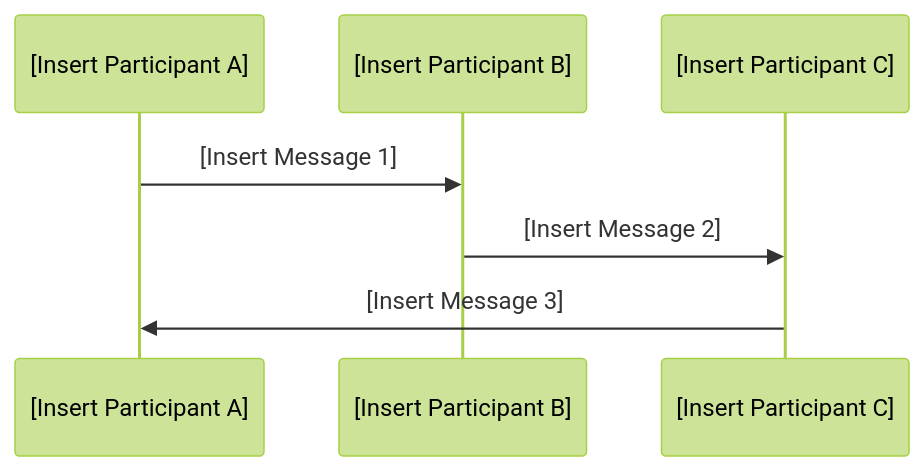
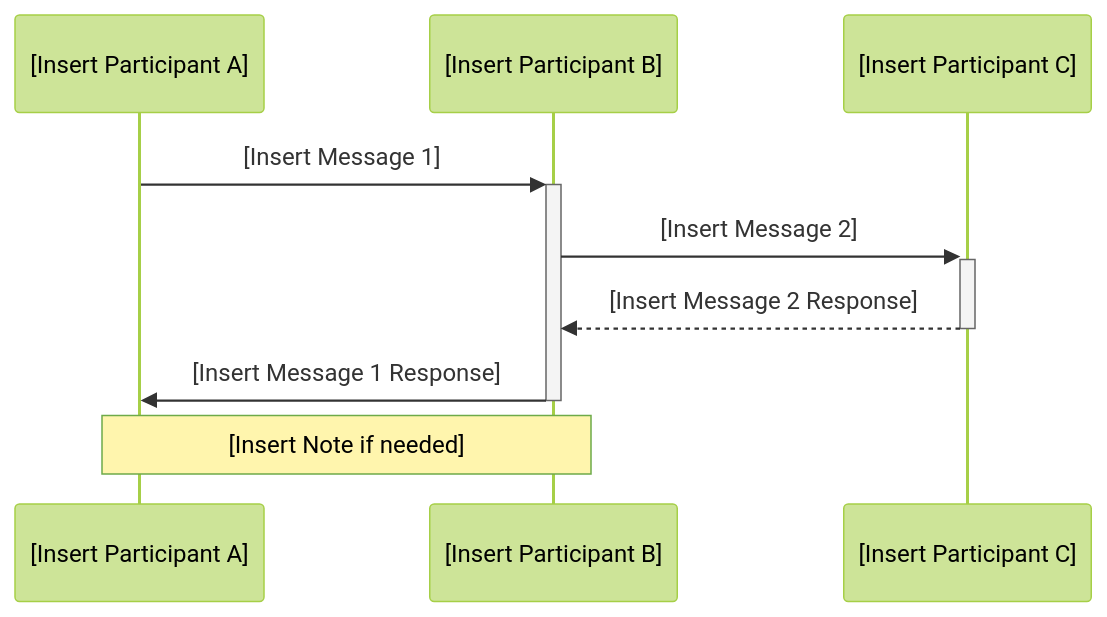
One commit to DMOoF25-Team6/Slottets-Drifttavlen changed the diagram in docs/quality-criteria/artifact/qc-sd.0001.md. Above: the diagram before and after it, drawn with Mermaid (forest theme). The commit also changed other lines of this file and 1 other file, not shown here.

Commit message:
Update mermaid instructions

````diff
--- a/docs/quality-criteria/artifact/qc-sd.0001.md
+++ b/docs/quality-criteria/artifact/qc-sd.0001.md
@@ -52,11 +55,13 @@
 ```mermaid
 sequenceDiagram
     participant A as [Insert Participant A]
     participant B as [Insert Participant B]
     participant C as [Insert Participant C]
 
-    A->>B: [Insert Message 1]
-    B->>C: [Insert Message 2]
-    C->>A: [Insert Message 3]
+    A->>+B: [Insert Message 1]
+    B->>+C: [Insert Message 2]
+    C-->>-B: [Insert Message 2 Response]
+    B->>-A: [Insert Message 1 Response]
+    note over B, A: [Insert Note if needed]
     %% Add more interactions as needed
 ```
````
